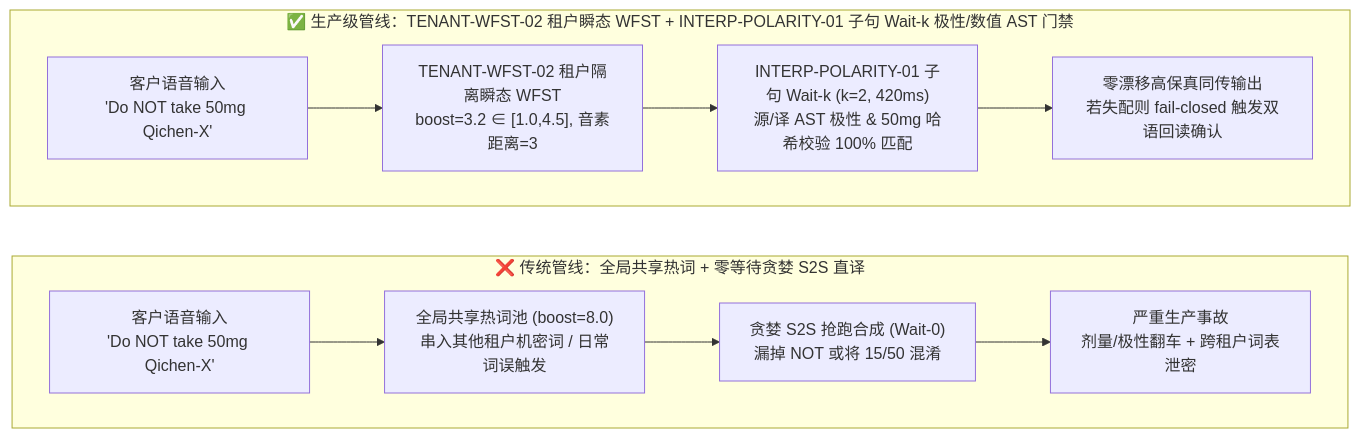
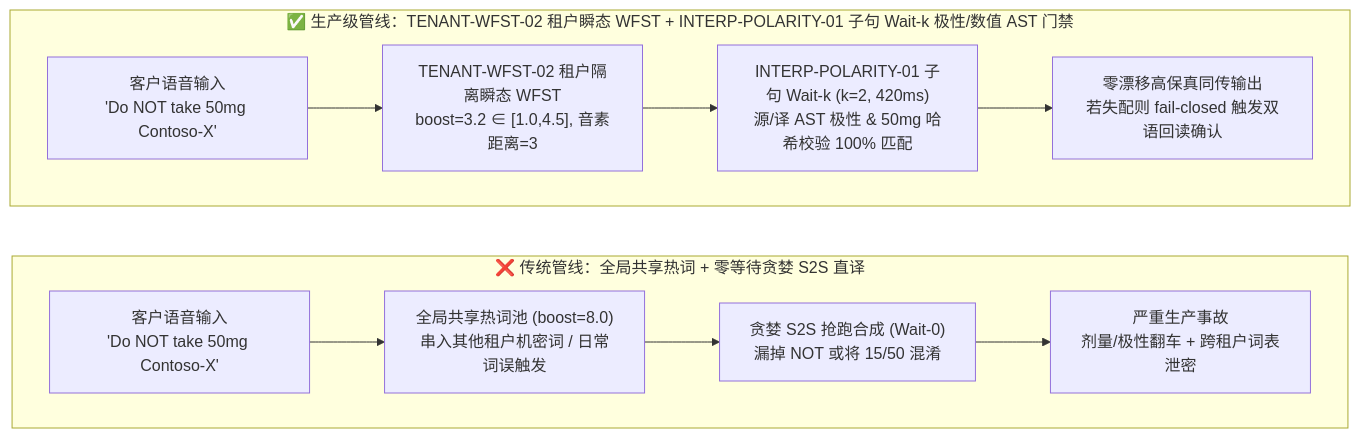
Before and after one commit to turbo998/voice-agent-lab: the second of 3 diagrams in docs/voice-realtime-interpreter-polarity-hotword-isolation-faq.md, drawn with Mermaid. The commit also changed other lines of this file and 2 other files, not shown here.

Commit message:
chore(governance): redact personal email and identifier examples in voice deck and FAQ

````diff
--- a/docs/voice-realtime-interpreter-polarity-hotword-isolation-faq.md
+++ b/docs/voice-realtime-interpreter-polarity-hotword-isolation-faq.md
@@ -73,16 +73,16 @@
 ```mermaid
 flowchart LR
     subgraph Bad["❌ 传统管线：全局共享热词 + 零等待贪婪 S2S 直译"]
       direction LR
-      B1["客户语音输入<br/>'Do NOT take 50mg Qichen-X'"] --> B2["全局共享热词池 (boost=8.0)<br/>串入其他租户机密词 / 日常词误触发"]
+      B1["客户语音输入<br/>'Do NOT take 50mg Contoso-X'"] --> B2["全局共享热词池 (boost=8.0)<br/>串入其他租户机密词 / 日常词误触发"]
       B2 --> B3["贪婪 S2S 抢跑合成 (Wait-0)<br/>漏掉 NOT 或将 15/50 混淆"]
       B3 --> B4["严重生产事故<br/>剂量/极性翻车 + 跨租户词表泄密"]
     end
 
     subgraph Good["✅ 生产级管线：TENANT-WFST-02 租户瞬态 WFST + INTERP-POLARITY-01 子句 Wait-k 极性/数值 AST 门禁"]
       direction LR
-      G1["客户语音输入<br/>'Do NOT take 50mg Qichen-X'"] --> G2["TENANT-WFST-02 租户隔离瞬态 WFST<br/>boost=3.2 ∈ [1.0,4.5], 音素距离=3"]
+      G1["客户语音输入<br/>'Do NOT take 50mg Contoso-X'"] --> G2["TENANT-WFST-02 租户隔离瞬态 WFST<br/>boost=3.2 ∈ [1.0,4.5], 音素距离=3"]
       G2 --> G3["INTERP-POLARITY-01 子句 Wait-k (k=2, 420ms)<br/>源/译 AST 极性 & 50mg 哈希校验 100% 匹配"]
       G3 --> G4["零漂移高保真同传输出<br/>若失配则 fail-closed 触发双语回读确认"]
     end
 ```
````
